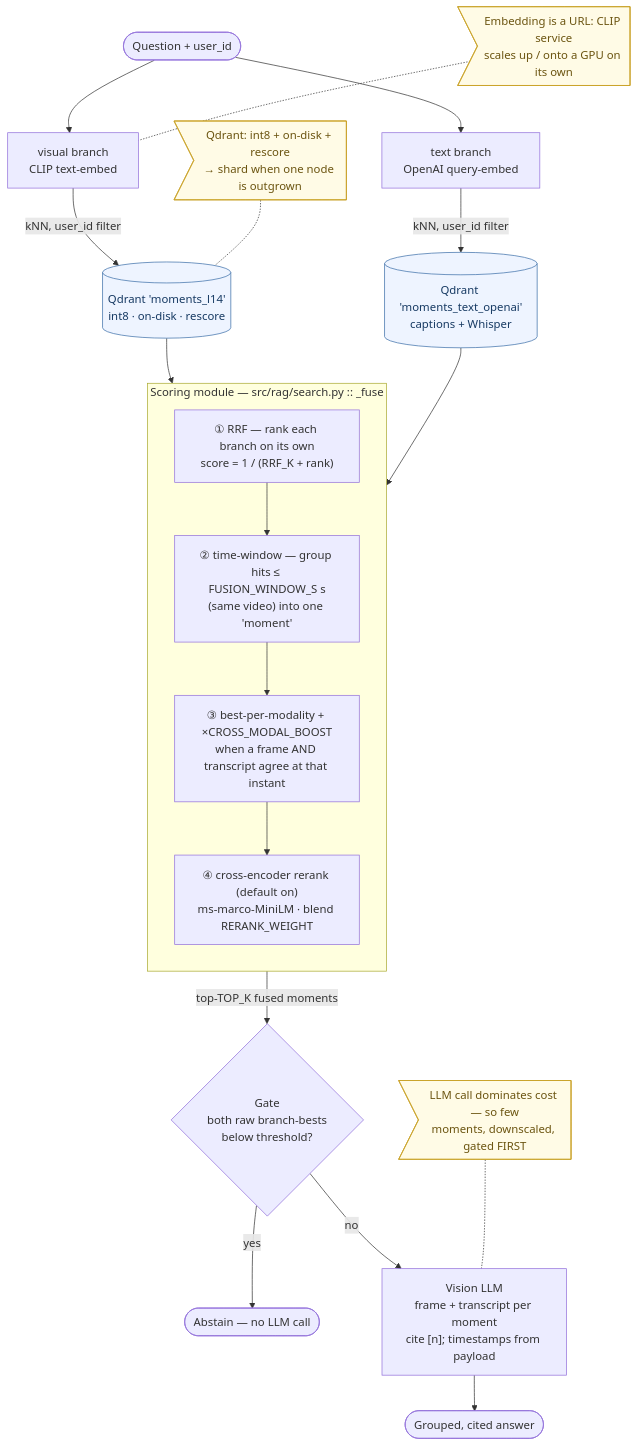
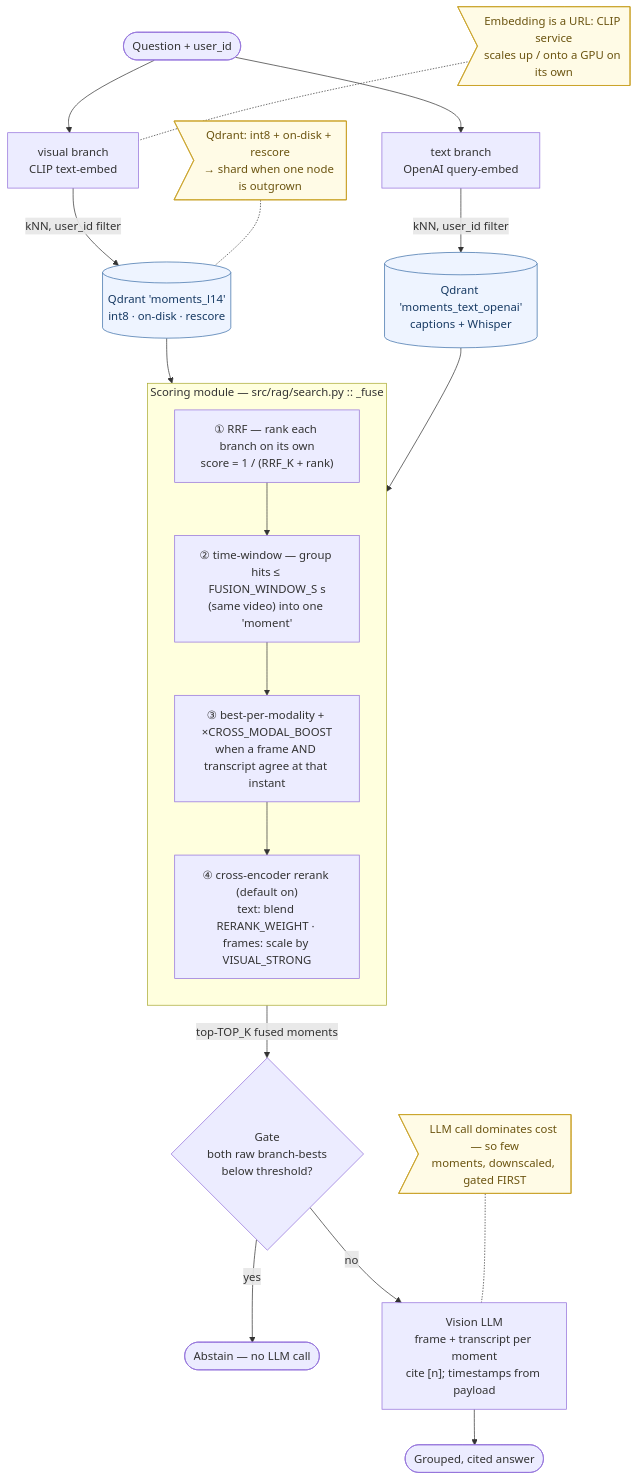
The diagram in ARCHITECTURE.md (traversaal-ai/momentsearch), drawn with Mermaid before and after one commit. The commit also changed other lines of this file, not shown here.

````diff
--- a/ARCHITECTURE.md
+++ b/ARCHITECTURE.md
@@ -67,37 +71,37 @@
 ```mermaid
 flowchart TB
   q(["Question + user_id"])
   ve["visual branch<br/>CLIP text-embed"]
   te["text branch<br/>OpenAI query-embed"]
   q --> ve
   q --> te
 
   ve -->|"kNN, user_id filter"| vq[("Qdrant 'moments_l14'<br/>int8 · on-disk · rescore")]
   te -->|"kNN, user_id filter"| tq[("Qdrant 'moments_text_openai'<br/>captions + Whisper")]
 
   vq --> fuse
   tq --> fuse
 
   subgraph fuse["Scoring module — src/rag/search.py :: _fuse"]
     direction TB
     r["① RRF — rank each branch on its own<br/>score = 1 / (RRF_K + rank)"]
     w["② time-window — group hits ≤ FUSION_WINDOW_S s<br/>(same video) into one 'moment'"]
     b["③ best-per-modality + ×CROSS_MODAL_BOOST<br/>when a frame AND transcript agree at that instant"]
-    x["④ cross-encoder rerank (default on)<br/>ms-marco-MiniLM · blend RERANK_WEIGHT"]
+    x["④ cross-encoder rerank (default on)<br/>text: blend RERANK_WEIGHT · frames: scale by VISUAL_STRONG"]
     r --> w --> b --> x
   end
 
   fuse -->|"top-TOP_K fused moments"| gate{"Gate<br/>both raw branch-bests<br/>below threshold?"}
   gate -->|"yes"| ab(["Abstain — no LLM call"])
   gate -->|"no"| llm["Vision LLM<br/>frame + transcript per moment<br/>cite [n]; timestamps from payload"]
   llm --> ans(["Grouped, cited answer"])
 
   sc1>"Qdrant: int8 + on-disk + rescore<br/>→ shard when one node is outgrown"] -.- vq
   sc2>"Embedding is a URL: CLIP service<br/>scales up / onto a GPU on its own"] -.- ve
   sc3>"LLM call dominates cost — so few<br/>moments, downscaled, gated FIRST"] -.- llm
 
   classDef store fill:#eef4ff,stroke:#3b6ea8,color:#173a63;
   classDef note fill:#fffbe6,stroke:#c9a227,color:#6b5410;
   class vq,tq store;
   class sc1,sc2,sc3 note;
 ```
````
